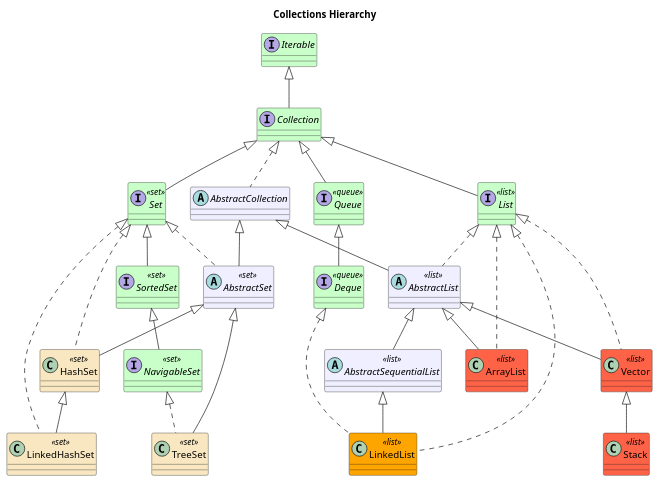
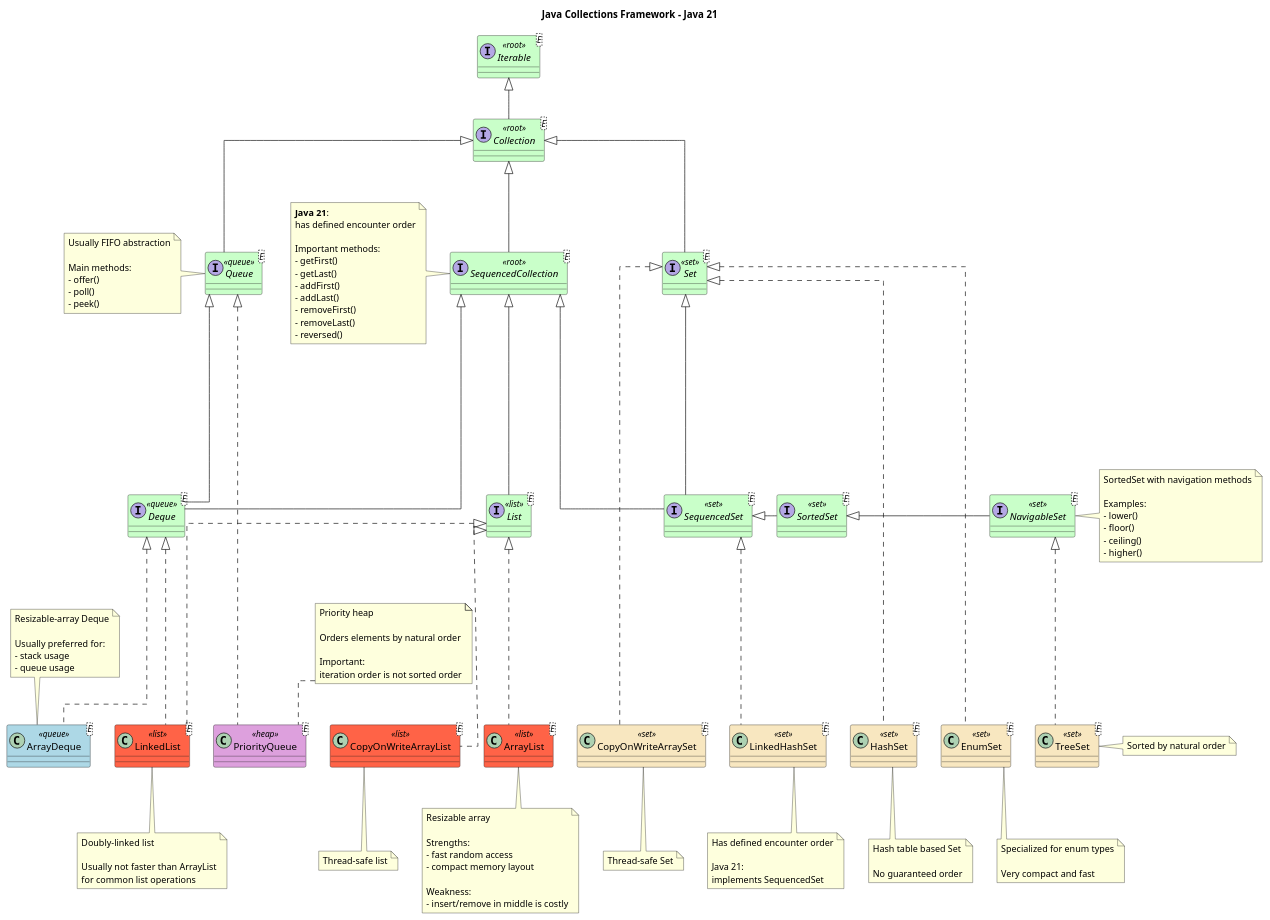
Before and after one commit to FedorIzvekov/knowledge-base: the diagram in java/Collections.puml, drawn with PlantUML. The commit also changed 1 other file, not shown here.

Commit message:
update uml diagram Collections hierarchy for Java 21

```diff
--- a/java/Collections.puml
+++ b/java/Collections.puml
@@ -1,34 +1,187 @@
 @startuml
 
-title Collections Hierarchy
+title Java Collections Framework - Java 21
+
+skinparam classAttributeIconSize 0
+skinparam linetype ortho
 
 skinparam class {
-BackgroundColor<<set>> strategy
-BackgroundColor<<list>> tomato
+  BackgroundColor<<set>> strategy
+  BackgroundColor<<list>> tomato
+  BackgroundColor<<queue>> lightblue
+  BackgroundColor<<heap>> plum
+  BackgroundColor<<root>> lightgray
 }
 
-interface Iterable #technology
-interface Collection #technology extends Iterable
+interface Iterable<E> <<root>> #technology
+interface Collection<E> <<root>> #technology
+Iterable <|-down- Collection
 
-abstract class AbstractCollection #motivation implements Collection
+interface Queue<E> <<queue>> #technology
+interface SequencedCollection<E> <<root>> #technology
+interface Set<E> <<set>> #technology
 
-interface Set <<set>> #technology extends Collection
-abstract class AbstractSet <<set>> #motivation extends AbstractCollection implements Set
-class HashSet <<set>> extends AbstractSet implements Set
-class LinkedHashSet <<set>> extends HashSet implements Set
-interface SortedSet <<set>> #technology extends Set
-interface NavigableSet <<set>> #technology extends SortedSet
-class TreeSet <<set>> extends AbstractSet implements NavigableSet
+Collection <|-down- Queue
+Collection <|-down- SequencedCollection
+Collection <|-down- Set
+Queue -[hidden]right- SequencedCollection
+SequencedCollection -[hidden]right- Set
 
-interface Queue <<queue>> #technology extends Collection
-interface Deque <<queue>> #technology extends Queue
+interface Deque<E> <<queue>> #technology
+interface List<E> <<list>> #technology
+interface SequencedSet<E> <<set>> #technology
+interface SortedSet<E> <<set>> #technology
+interface NavigableSet<E> <<set>> #technology
 
-interface List <<list>> #technology extends Collection
-abstract class AbstractList <<list>> #motivation extends AbstractCollection implements List
-abstract class AbstractSequentialList <<list>> #motivation extends AbstractList
-class LinkedList <<list>> #orange extends AbstractSequentialList implements List, Deque
-class ArrayList <<list>> extends AbstractList implements List
-class Vector <<list>> extends AbstractList implements List
-class Stack <<list>> extends Vector
+Queue <|--- Deque
+SequencedCollection <|--- Deque
+SequencedCollection <|--- List
+Set <|---down- SequencedSet
+SequencedCollection <|--down- SequencedSet
+SequencedSet <|-right- SortedSet
+SortedSet <|-right- NavigableSet
+Deque -[hidden]right- List
+List -[hidden]right- SequencedSet
+
+together {
+  class PriorityQueue<E> <<heap>>
+  class ArrayDeque<E> <<queue>>
+  class ArrayList<E> <<list>>
+  class LinkedList<E> <<list>>
+  class HashSet<E> <<set>>
+  class LinkedHashSet<E> <<set>>
+  class TreeSet<E> <<set>>
+  class EnumSet<E> <<set>>
+  class CopyOnWriteArrayList<E> <<list>>
+  class CopyOnWriteArraySet<E> <<set>>
+}
+
+Deque <|... LinkedList
+List <|... ArrayList
+List <|... LinkedList
+List <|... CopyOnWriteArrayList
+Deque <|... ArrayDeque
+Queue <|... PriorityQueue
+Set <|... HashSet
+SequencedSet <|... LinkedHashSet
+NavigableSet <|... TreeSet
+Set <|... EnumSet
+Set <|... CopyOnWriteArraySet
+
+PriorityQueue -[hidden]right- ArrayDeque
+ArrayDeque -[hidden]right- LinkedList
+CopyOnWriteArrayList -[hidden]right- LinkedHashSet
+
+
+note left of SequencedCollection
+  <b>Java 21</b>:
+  has defined encounter order
+
+  Important methods:
+  - getFirst()
+  - getLast()
+  - addFirst()
+  - addLast()
+  - removeFirst()
+  - removeLast()
+  - reversed()
+end note
+
+
+note left of Queue
+  Usually FIFO abstraction
+
+  Main methods:
+  - offer()
+  - poll()
+  - peek()
+end note
+
+
+note right of NavigableSet
+  SortedSet with navigation methods
+
+  Examples:
+  - lower()
+  - floor()
+  - ceiling()
+  - higher()
+end note
+
+
+note bottom of ArrayList
+  Resizable array
+
+  Strengths:
+  - fast random access
+  - compact memory layout
+
+  Weakness:
+  - insert/remove in middle is costly
+end note
+
+
+note bottom of LinkedList
+  Doubly-linked list
+
+  Usually not faster than ArrayList
+  for common list operations
+end note
+
+
+note bottom of CopyOnWriteArrayList
+  Thread-safe list
+end note
+
+
+note top of ArrayDeque
+  Resizable-array Deque
+
+  Usually preferred for:
+  - stack usage
+  - queue usage
+end note
+
+
+note top of PriorityQueue
+  Priority heap
+
+  Orders elements by natural order
+
+  Important:
+  iteration order is not sorted order
+end note
+
+
+note bottom of HashSet
+  Hash table based Set
+
+  No guaranteed order
+end note
+
+
+note bottom of LinkedHashSet
+  Has defined encounter order
+
+  Java 21:
+  implements SequencedSet
+end note
+
+
+note bottom of EnumSet
+  Specialized for enum types
+
+  Very compact and fast
+end note
+
+
+note bottom of CopyOnWriteArraySet
+  Thread-safe Set
+end note
+
+
+note right of TreeSet
+  Sorted by natural order
+end note
 
 @enduml
```
